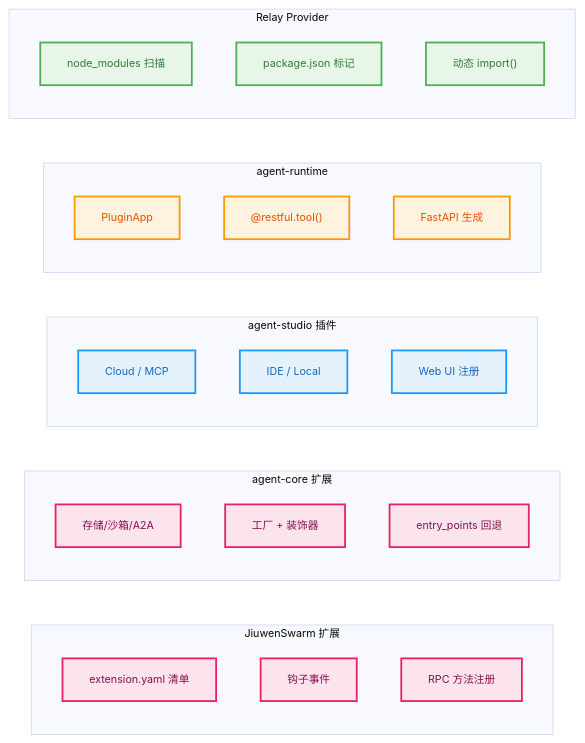
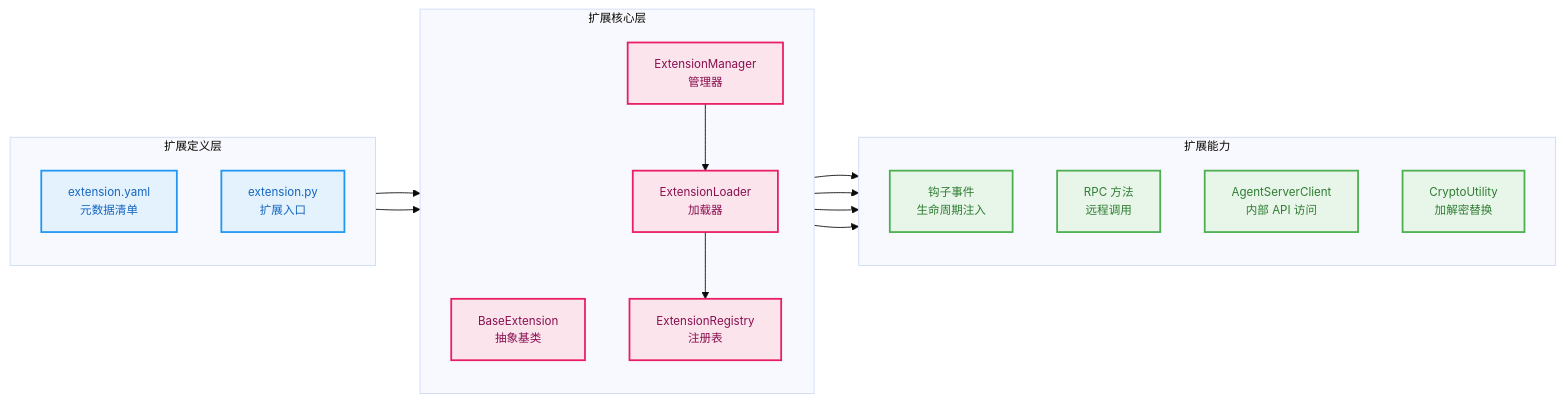
The diagram in CodeAgent/docs/openJiuwen_supports third-party ecosystem.md (csoulnd/InferTechNote), drawn with Mermaid before and after one commit. The commit also changed other lines of this file, not shown here.

````diff
--- a/CodeAgent/docs/openJiuwen_supports third-party ecosystem.md
+++ b/CodeAgent/docs/openJiuwen_supports third-party ecosystem.md
@@ -11,44 +22,38 @@
 ```mermaid
-%%{init: {'theme': 'base', 'themeVariables': { 'fontSize': '12px'}}}%%
+%%{init: {'theme': 'base', 'themeVariables': { 'fontSize': '13px'}}}%%
 flowchart LR
-    subgraph SWARM["JiuwenSwarm 扩展"]
+    subgraph DEF["扩展定义层"]
         direction TB
-        S1["extension.yaml 清单"]:::swarm
-        S2["钩子事件"]:::swarm
-        S3["RPC 方法注册"]:::swarm
+        M["extension.yaml<br/>元数据清单"]:::def
+        E["extension.py<br/>扩展入口"]:::def
     end
 
-    subgraph CORE["agent-core 扩展"]
+    subgraph CORE["扩展核心层"]
         direction TB
-        C1["存储/沙箱/A2A"]:::core
-        C2["工厂 + 装饰器"]:::core
-        C3["entry_points 回退"]:::core
+        B["BaseExtension<br/>抽象基类"]:::core
+        R["ExtensionRegistry<br/>注册表"]:::core
+        L["ExtensionLoader<br/>加载器"]:::core
+        MG["ExtensionManager<br/>管理器"]:::core
     end
 
-    subgraph STUDIO["agent-studio 插件"]
+    subgraph SINK["扩展能力"]
         direction TB
-        U1["Cloud / MCP"]:::studio
-        U2["IDE / Local"]:::studio
-        U3["Web UI 注册"]:::studio
+        H["钩子事件<br/>生命周期注入"]:::ability
+        RPC["RPC 方法<br/>远程调用"]:::ability
+        CLIENT["AgentServerClient<br/>内部 API 访问"]:::ability
+        CRYPTO["CryptoUtility<br/>加解密替换"]:::ability
     end
 
-    subgraph RT["agent-runtime"]
-        direction TB
-        R1["PluginApp"]:::runtime
-        R2["@restful.tool()"]:::runtime
-        R3["FastAPI 生成"]:::runtime
-    end
+    M --> L
+    E --> L
+    L --> R
+    MG --> L
+    R --> H
+    R --> RPC
+    R --> CLIENT
+    R --> CRYPTO
 
-    subgraph RELAY["Relay Provider"]
-        direction TB
-        L1["node_modules 扫描"]:::relay
-        L2["package.json 标记"]:::relay
-        L3["动态 import()"]:::relay
-    end
-
-    classDef swarm fill:#fce4ec,stroke:#e91e63,stroke-width:2px,color:#880e4f
+    classDef def fill:#e3f2fd,stroke:#2196f3,stroke-width:2px,color:#1565c0
     classDef core fill:#fce4ec,stroke:#e91e63,stroke-width:2px,color:#880e4f
-    classDef studio fill:#e3f2fd,stroke:#2196f3,stroke-width:2px,color:#1565c0
-    classDef runtime fill:#fff3e0,stroke:#ff9800,stroke-width:2px,color:#e65100
-    classDef relay fill:#e8f5e9,stroke:#4caf50,stroke-width:2px,color:#2e7d32
+    classDef ability fill:#e8f5e9,stroke:#4caf50,stroke-width:2px,color:#2e7d32
 ```
````
